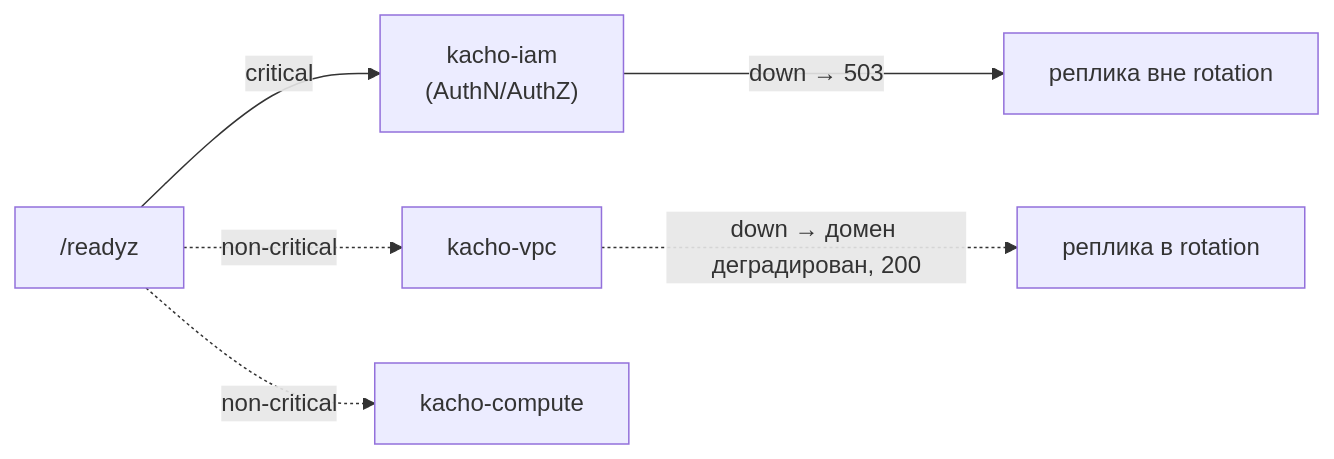
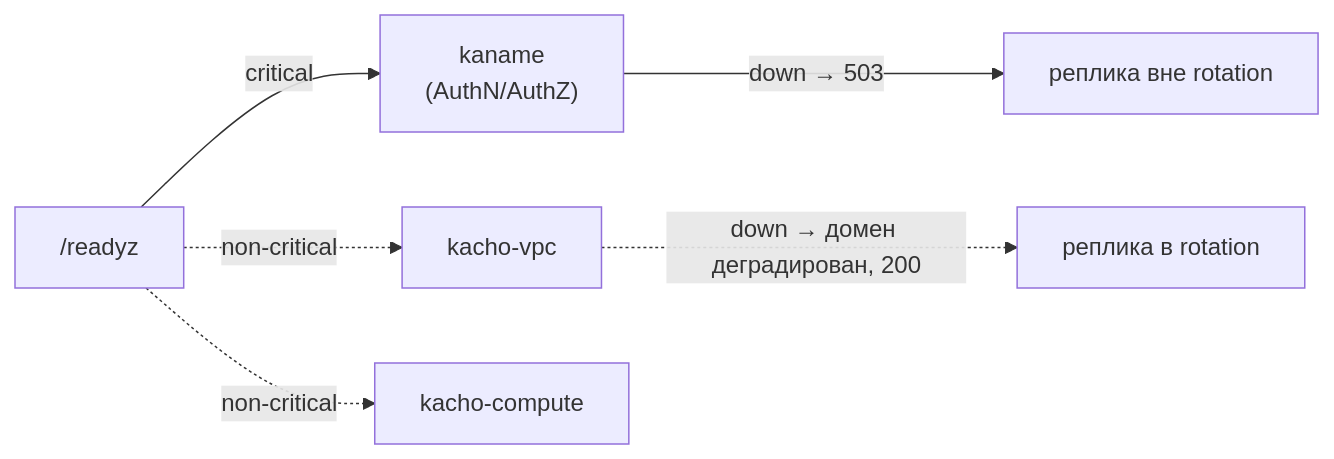
One commit to PRO-Robotech/kacho changed the second of 2 diagrams in gateway/docs/content/architecture/overview.mdx. Above: the diagram before and after it, drawn with Mermaid. The commit also changed other lines of this file and 5005 other files, not shown here.

````diff
--- a/gateway/docs/content/architecture/overview.mdx
+++ b/gateway/docs/content/architecture/overview.mdx
@@ -136,8 +136,8 @@
 ```mermaid
 flowchart LR
-  probe["/readyz"] -->|"critical"| iam["kacho-iam<br/>(AuthN/AuthZ)"]
+  probe["/readyz"] -->|"critical"| iam["kaname<br/>(AuthN/AuthZ)"]
   probe -.->|"non-critical"| vpc["kacho-vpc"]
   probe -.->|"non-critical"| cmp["kacho-compute"]
   iam -->|"down → 503"| out["реплика вне rotation"]
   vpc -.->|"down → домен деградирован, 200"| ok["реплика в rotation"]
 ```
````
